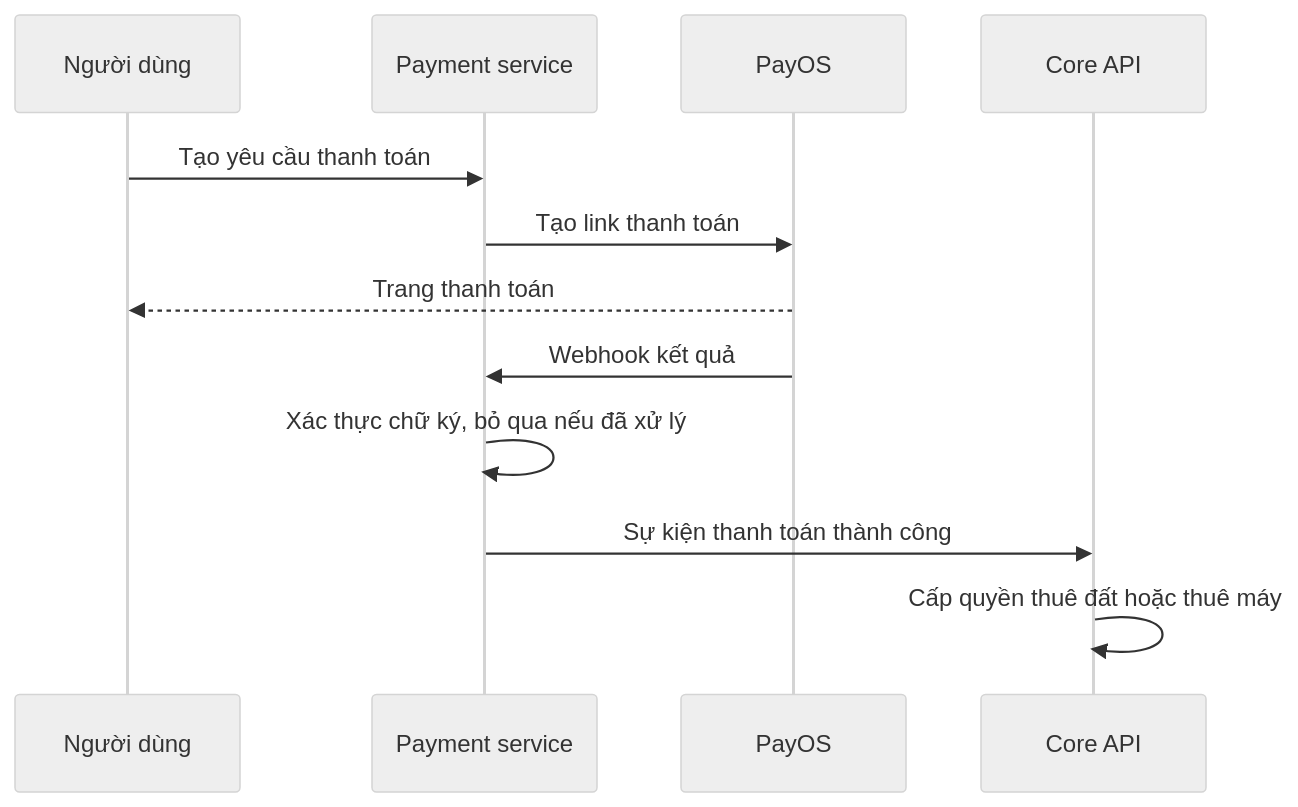
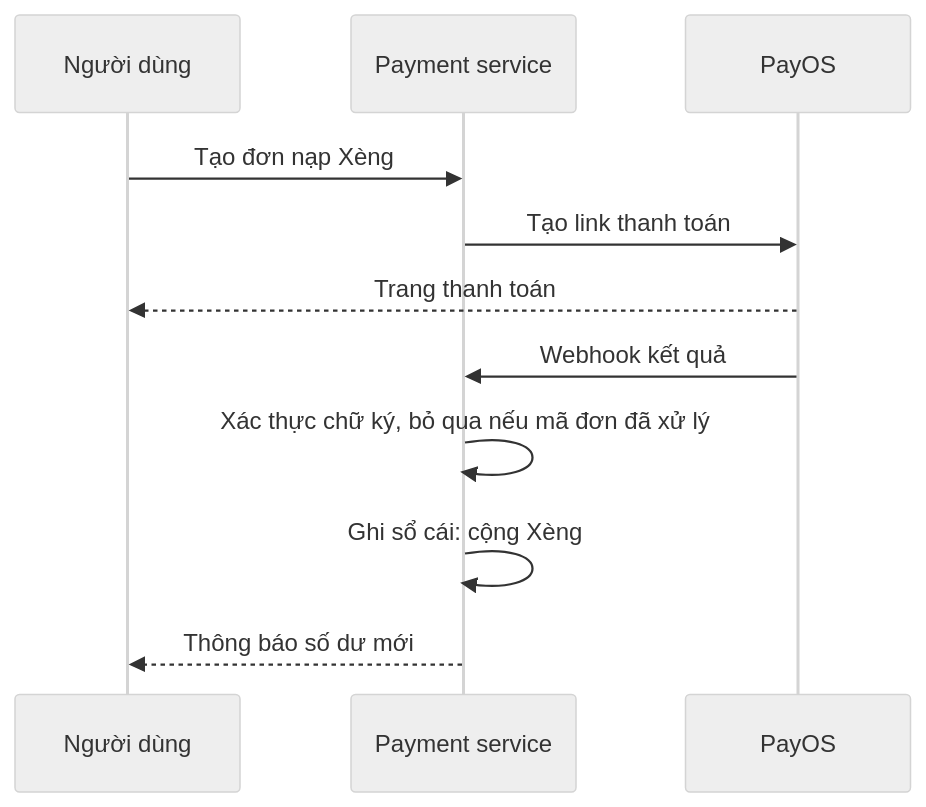
The fourth of 5 diagrams in docs/wiki/product/business-flows.md (netverse3d/netverse3d), drawn with Mermaid (neutral theme) before and after one commit. The commit also changed other lines of this file and 17 other files, not shown here.

Commit message:
docs: record the tentative economy, station screens and new roadmap

````diff
--- a/docs/wiki/product/business-flows.md
+++ b/docs/wiki/product/business-flows.md
@@ -68,14 +69,13 @@
 ```mermaid
 sequenceDiagram
   participant U as Người dùng
   participant P as Payment service
   participant O as PayOS
-  participant C as Core API
-  U->>P: Tạo yêu cầu thanh toán
+  U->>P: Tạo đơn nạp Xèng
   P->>O: Tạo link thanh toán
   O-->>U: Trang thanh toán
   O->>P: Webhook kết quả
-  P->>P: Xác thực chữ ký, bỏ qua nếu đã xử lý
-  P->>C: Sự kiện thanh toán thành công
-  C->>C: Cấp quyền thuê đất hoặc thuê máy
+  P->>P: Xác thực chữ ký, bỏ qua nếu mã đơn đã xử lý
+  P->>P: Ghi sổ cái: cộng Xèng
+  P-->>U: Thông báo số dư mới
 ```
````
